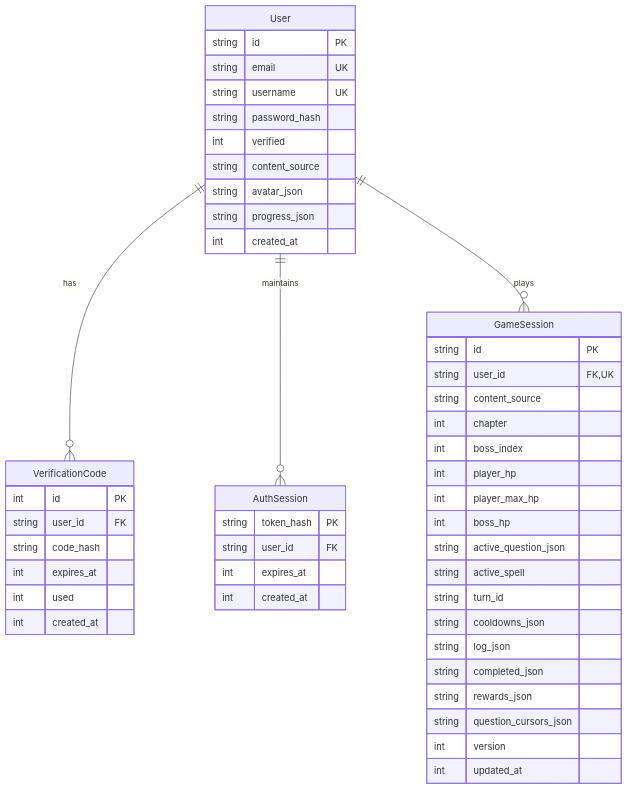
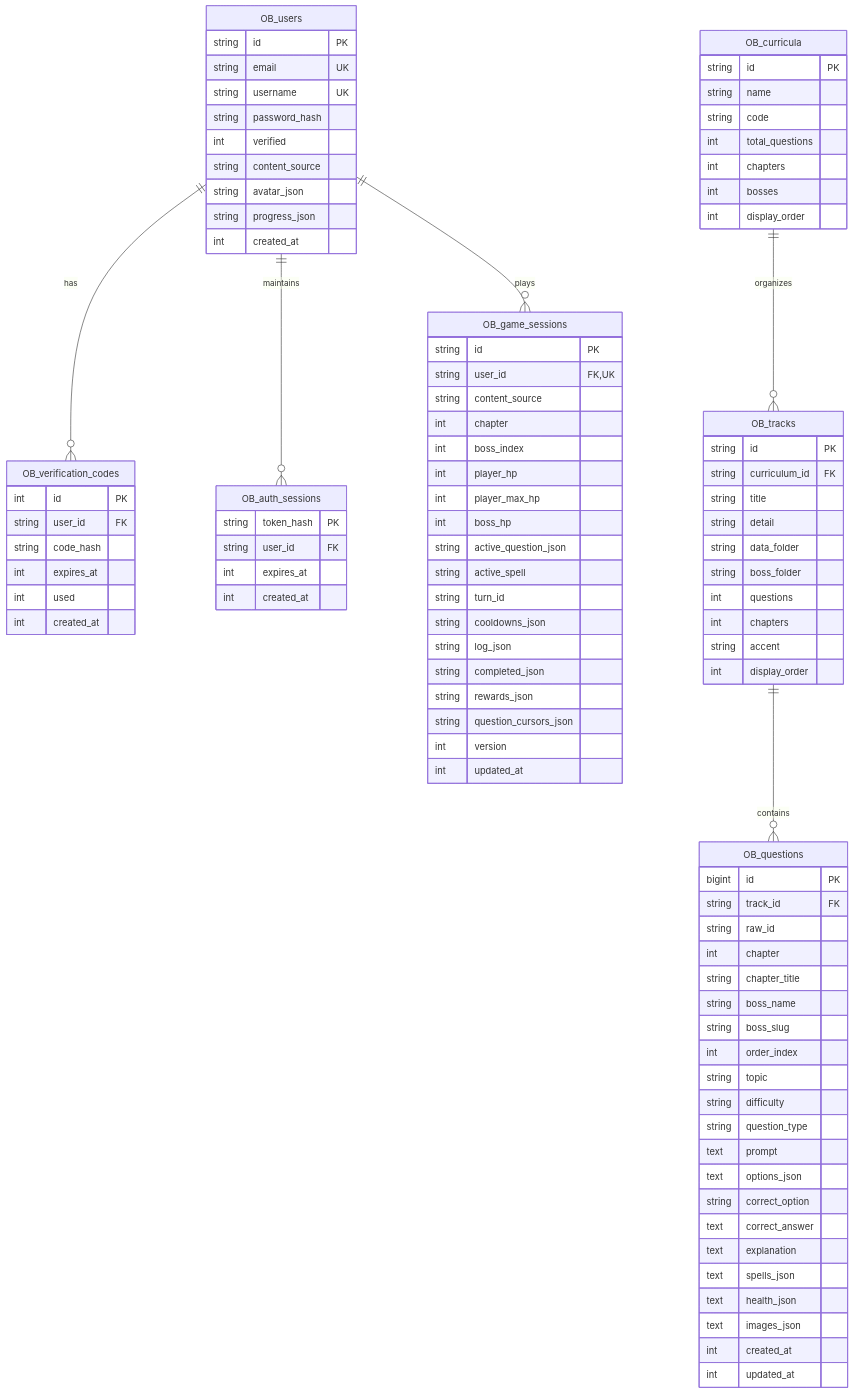
Before and after one commit to DKxi/OrganicBattlesProductionUpgrade: the second of 3 diagrams in cookbook.md, drawn with Mermaid. The commit also changed other lines of this file and 3 other files, not shown here.

````diff
--- a/cookbook.md
+++ b/cookbook.md
@@ -337,10 +341,12 @@
 ```mermaid
 erDiagram
-    User ||--o{ VerificationCode : has
-    User ||--o{ AuthSession : maintains
-    User ||--o{ GameSession : plays
+    OB_users ||--o{ OB_verification_codes : has
+    OB_users ||--o{ OB_auth_sessions : maintains
+    OB_users ||--o{ OB_game_sessions : plays
+    OB_curricula ||--o{ OB_tracks : organizes
+    OB_tracks ||--o{ OB_questions : contains
 
-    User {
+    OB_users {
         string id PK
         string email UK
         string username UK
@@ -352,7 +358,7 @@
         int created_at
     }
 
-    VerificationCode {
+    OB_verification_codes {
         int id PK
         string user_id FK
         string code_hash
@@ -361,14 +367,14 @@
         int created_at
     }
 
-    AuthSession {
+    OB_auth_sessions {
         string token_hash PK
         string user_id FK
         int expires_at
         int created_at
     }
 
-    GameSession {
+    OB_game_sessions {
         string id PK
         string user_id FK,UK
         string content_source
@@ -388,4 +394,51 @@
         int version
         int updated_at
     }
+
+    OB_curricula {
+        string id PK
+        string name
+        string code
+        int total_questions
+        int chapters
+        int bosses
+        int display_order
+    }
+
+    OB_tracks {
+        string id PK
+        string curriculum_id FK
+        string title
+        string detail
+        string data_folder
+        string boss_folder
+        int questions
+        int chapters
+        string accent
+        int display_order
+    }
+
+    OB_questions {
+        bigint id PK
+        string track_id FK
+        string raw_id
+        int chapter
+        string chapter_title
+        string boss_name
+        string boss_slug
+        int order_index
+        string topic
+        string difficulty
+        string question_type
+        text prompt
+        text options_json
+        string correct_option
+        text correct_answer
+        text explanation
+        text spells_json
+        text health_json
+        text images_json
+        int created_at
+        int updated_at
+    }
 ```
````
